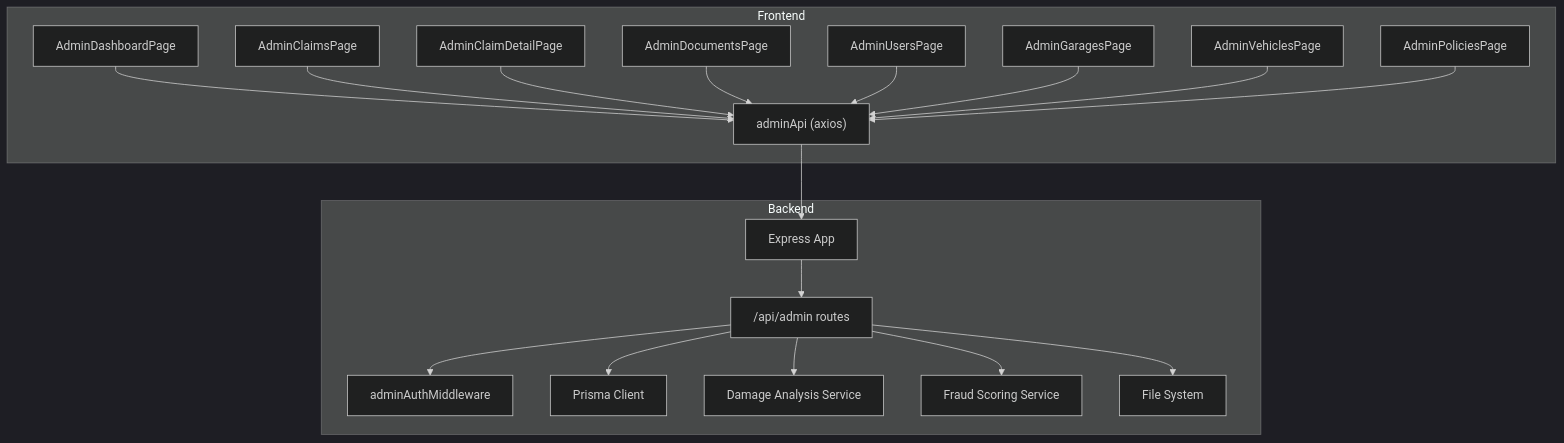
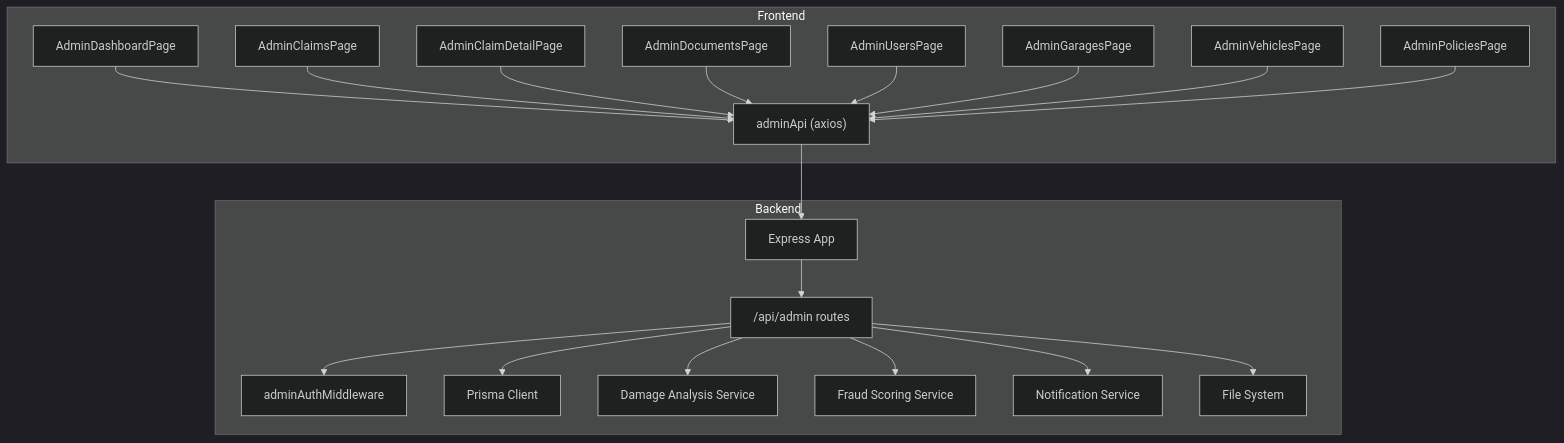
One commit to NaveenHiranya/Smart-Vehicle-Insurance-Claim-System changed the first of 13 diagrams in .qoder/repowiki/en/content/Backend Documentation/API Endpoints Reference/Administrative Endpoints.md. Above: the diagram before and after it, drawn with Mermaid (dark theme). The commit also changed other lines of this file and 46 other files, not shown here.

````diff
--- a/.qoder/repowiki/en/content/Backend Documentation/API Endpoints Reference/Administrative Endpoints.md
+++ b/.qoder/repowiki/en/content/Backend Documentation/API Endpoints Reference/Administrative Endpoints.md
@@ -49,38 +52,40 @@
 ```mermaid
 graph TB
 subgraph "Frontend"
 ADP["AdminDashboardPage"]
 ACP["AdminClaimsPage"]
 ACDP["AdminClaimDetailPage"]
 ADocP["AdminDocumentsPage"]
 AUsrP["AdminUsersPage"]
 AGarP["AdminGaragesPage"]
 AVehP["AdminVehiclesPage"]
 APolP["AdminPoliciesPage"]
 AdminAPI["adminApi (axios)"]
 end
 subgraph "Backend"
 App["Express App"]
 AdminRoutes["/api/admin routes"]
 AdminAuth["adminAuthMiddleware"]
 Prisma["Prisma Client"]
 DamageSvc["Damage Analysis Service"]
 FraudSvc["Fraud Scoring Service"]
+NotificationSvc["Notification Service"]
 FileSys["File System"]
 end
 ADP --> AdminAPI
 ACP --> AdminAPI
 ACDP --> AdminAPI
 ADocP --> AdminAPI
 AUsrP --> AdminAPI
 AGarP --> AdminAPI
 AVehP --> AdminAPI
 APolP --> AdminAPI
 AdminAPI --> App
 App --> AdminRoutes
 AdminRoutes --> AdminAuth
 AdminRoutes --> Prisma
 AdminRoutes --> DamageSvc
 AdminRoutes --> FraudSvc
+AdminRoutes --> NotificationSvc
 AdminRoutes --> FileSys
 ```
````
